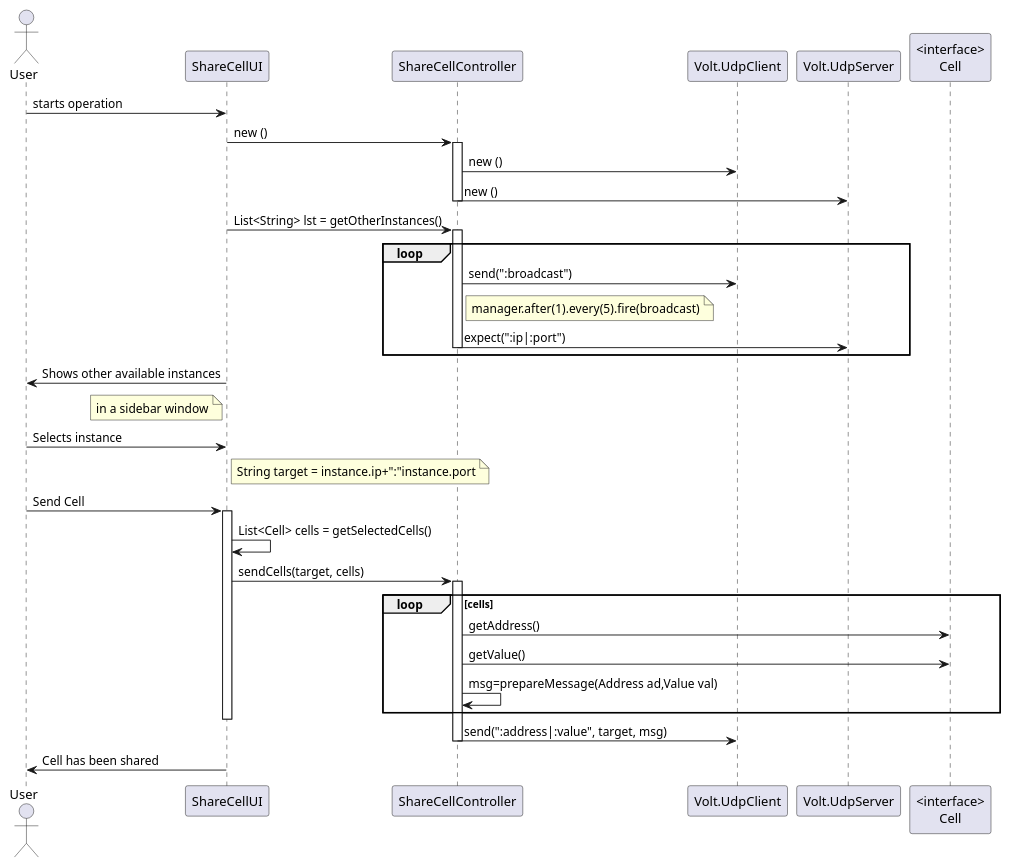
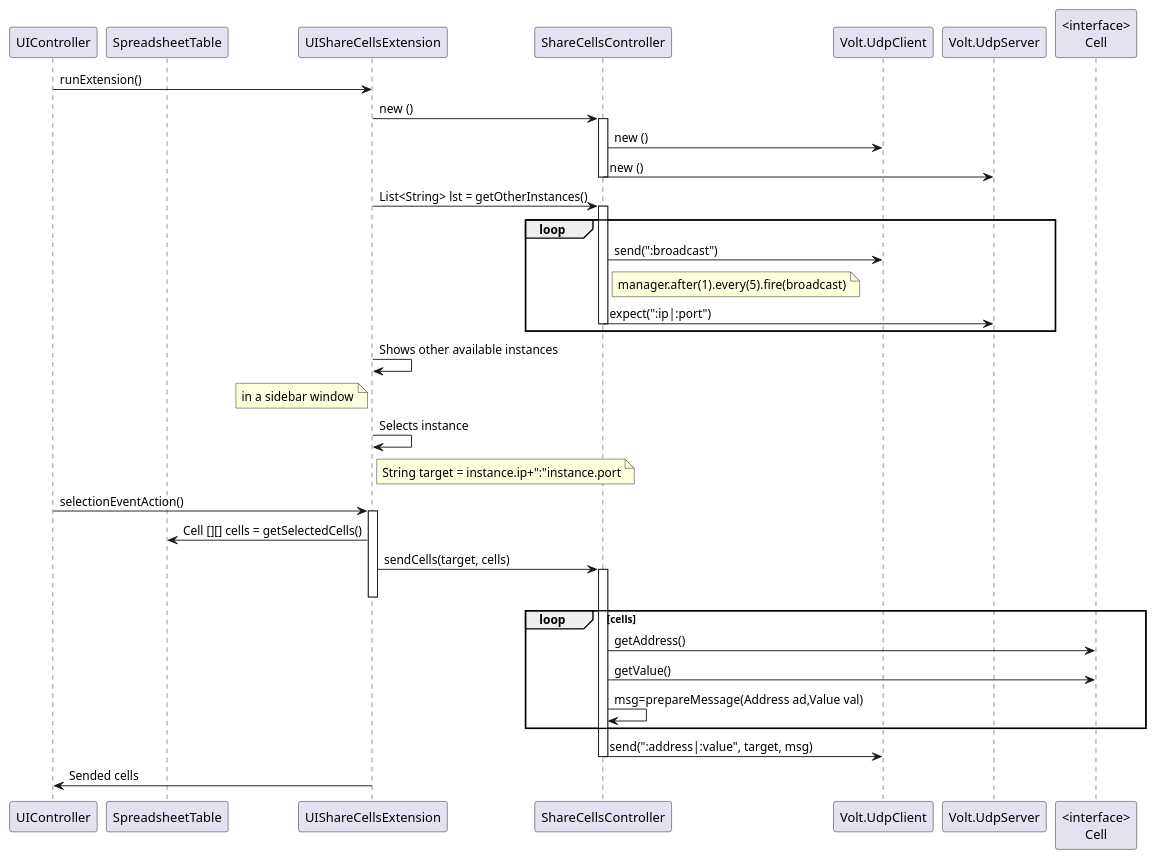
One commit to RubenTeixeira/cleansheets_isep_2dg_2016 changed the diagram in src/main/java/csheets/worklog/n1140611/sprint1/ipc01_01_design.puml. Above: the diagram before and after it, drawn with PlantUML. The commit also changed 1 other file, not shown here.

```diff
--- a/src/main/java/csheets/worklog/n1140611/sprint1/ipc01_01_design.puml
+++ b/src/main/java/csheets/worklog/n1140611/sprint1/ipc01_01_design.puml
@@ -1,47 +1,50 @@
 @startuml doc-files/ipc01_01_design.png
 
-actor User 
-participant "ShareCellUI" as UI
-participant "ShareCellController" as Controller
+participant "UIController" as UIController
+participant "SpreadsheetTable" as SpreadsheetTable
+participant "UIShareCellsExtension" as ShareCellsUI
+participant "ShareCellsController" as Controller
 participant "Volt.UdpClient" as UdpClient
 participant "Volt.UdpServer" as UdpServer
 participant "<interface>\nCell" as Cell
 
-User->UI: starts operation
-UI->Controller: new ()
-
+UIController->ShareCellsUI: runExtension()
+ShareCellsUI->Controller: new ()
 activate Controller
 Controller->UdpClient: new ()
 Controller->UdpServer: new ()
 deactivate Controller
 
-UI->Controller: List<String> lst = getOtherInstances()
+ShareCellsUI->Controller: List<String> lst = getOtherInstances()
+
 loop
 activate Controller
 Controller->UdpClient: send(":broadcast")
 note right of Controller: manager.after(1).every(5).fire(broadcast)
 Controller->UdpServer: expect(":ip|:port")
 deactivate Controller
 end
+ShareCellsUI->ShareCellsUI: Shows other available instances
 
-UI->User: Shows other available instances
-note left of UI: in a sidebar window
-User->UI: Selects instance
-note right of UI: String target = instance.ip+":"instance.port
-User->UI: Send Cell
 
-activate UI
-UI->UI: List<Cell> cells = getSelectedCells()
-UI->Controller: sendCells(target, cells)
+note left of ShareCellsUI: in a sidebar window
+ShareCellsUI->ShareCellsUI: Selects instance
+note right of ShareCellsUI: String target = instance.ip+":"instance.port
+UIController->ShareCellsUI: selectionEventAction()
+
+activate ShareCellsUI
+ShareCellsUI->SpreadsheetTable: Cell [][] cells = getSelectedCells()
+ShareCellsUI->Controller: sendCells(target, cells)
 activate Controller
+deactivate ShareCellsUI
 loop cells
 Controller->Cell: getAddress()
 Controller->Cell: getValue()
 Controller->Controller:msg=prepareMessage(Address ad,Value val)
 end
-deactivate UI
+
 Controller->UdpClient: send(":address|:value", target, msg)
 deactivate Controller
-UI->User: Cell has been shared
+ShareCellsUI->UIController: Sended cells
 
 @enduml
```
